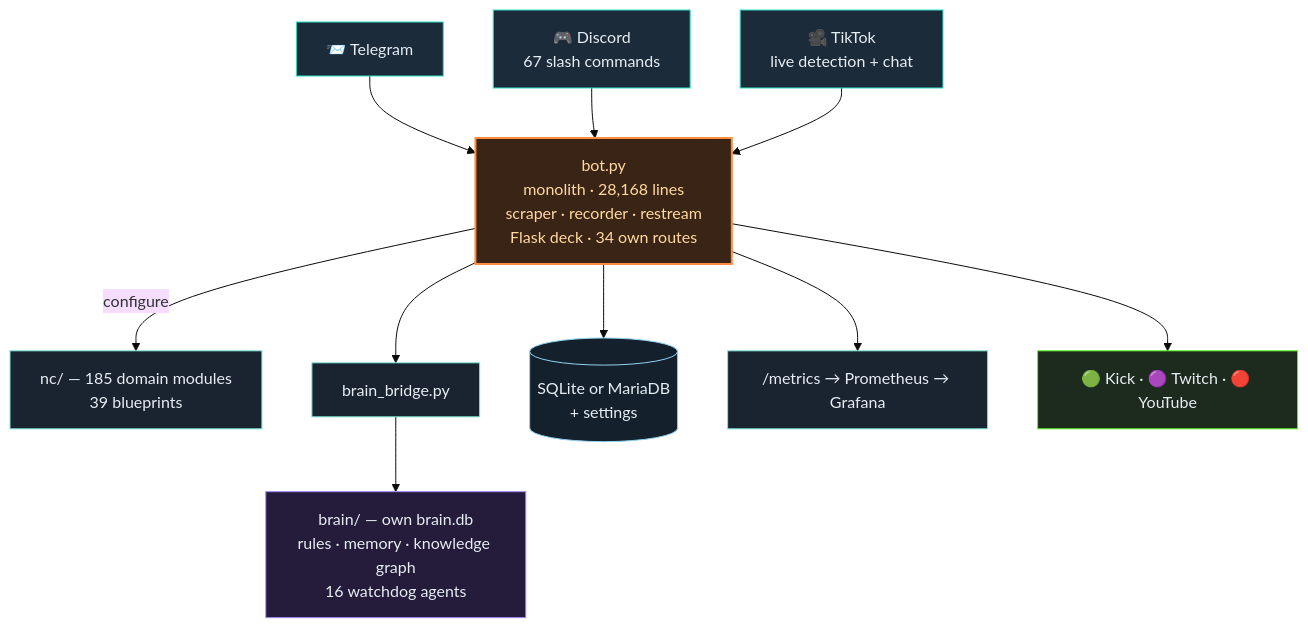
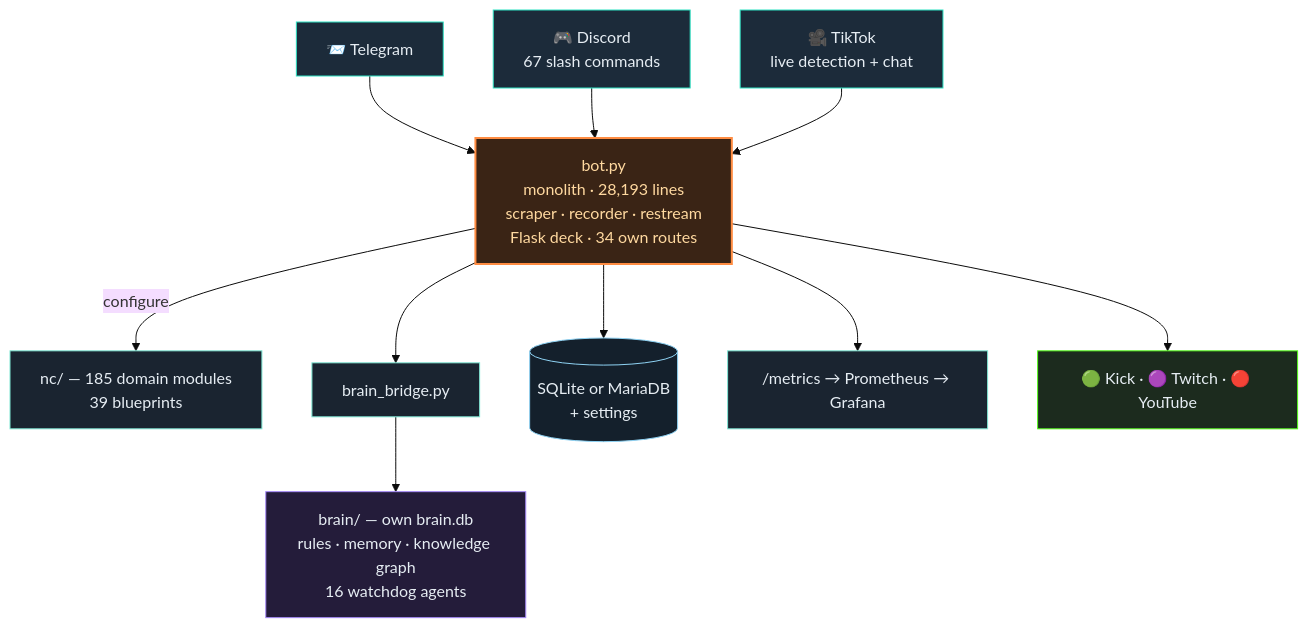
The second of 3 diagrams in README.en.md (itsamemedev/Telegram-Stream-Info-Bot), drawn with Mermaid (base theme) before and after one commit. The commit also changed other lines of this file and 12 other files, not shown here.

````diff
--- a/README.en.md
+++ b/README.en.md
@@ -119,19 +119,19 @@
 ```mermaid
 flowchart TB
     TG["📨 Telegram"]:::ein --> BOT
     DC["🎮 Discord<br/>67 slash commands"]:::ein --> BOT
     TT["🎥 TikTok<br/>live detection + chat"]:::ein --> BOT
-    BOT["bot.py<br/>monolith · 28,168 lines<br/>scraper · recorder · restream<br/>Flask deck · 34 own routes"]:::core
+    BOT["bot.py<br/>monolith · 28,193 lines<br/>scraper · recorder · restream<br/>Flask deck · 34 own routes"]:::core
     BOT -->|configure| NC["nc/ — 185 domain modules<br/>39 blueprints"]:::lib
     BOT --> BR["brain_bridge.py"]:::lib
     BR --> BRAIN["brain/ — own brain.db<br/>rules · memory · knowledge graph<br/>16 watchdog agents"]:::brain
     BOT --> DB[("SQLite or MariaDB<br/>+ settings")]:::db
     BOT --> PROM["/metrics → Prometheus → Grafana"]:::lib
     BOT --> OUT["🟢 Kick · 🟣 Twitch · 🔴 YouTube"]:::out
     classDef ein fill:#1c2b3a,stroke:#2de1c2,color:#e6edf3
     classDef core fill:#3a2415,stroke:#ff8c42,stroke-width:2px,color:#ffd9a0
     classDef lib fill:#1a2430,stroke:#7fe7d4,color:#e6edf3
     classDef brain fill:#241c3a,stroke:#a78bfa,color:#e6edf3
     classDef db fill:#14202c,stroke:#8fd3f4,color:#e6edf3
     classDef out fill:#1c2b1e,stroke:#53fc18,color:#e6edf3
 ```
````
